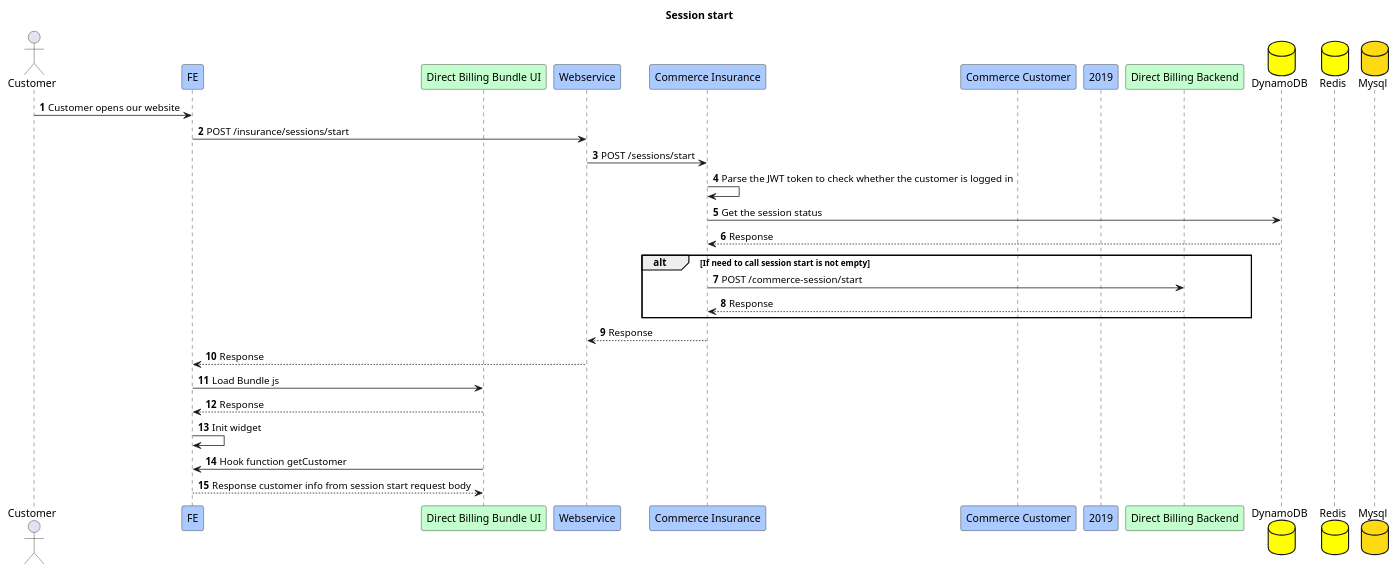
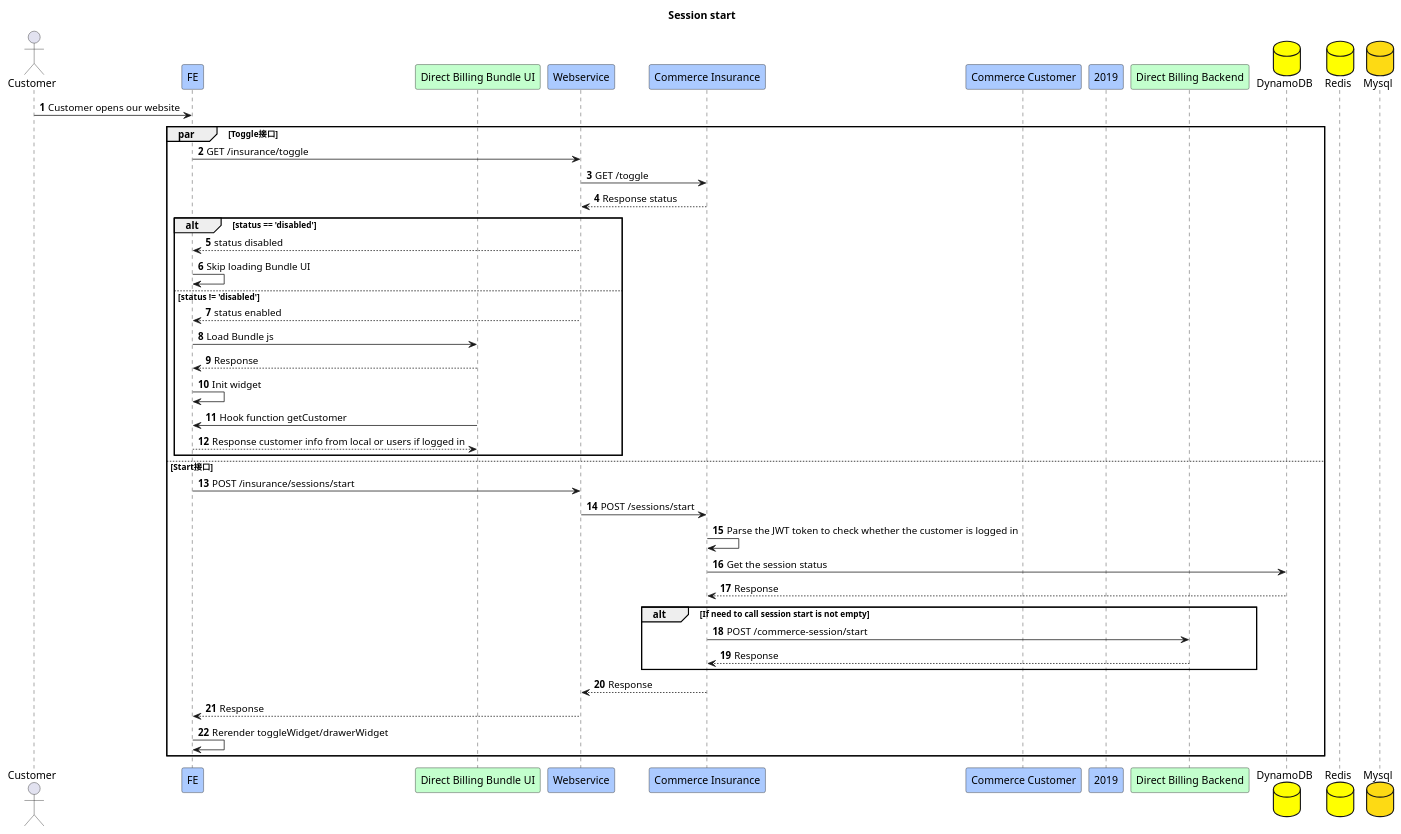
One commit to Jayounger/EyeMed-Sequence-Diagram changed the diagram in 1.Customer session start.puml. Above: the diagram before and after it, drawn with PlantUML. The commit also changed other lines of this file and 4 other files, not shown here.

```diff
--- a/1.Customer session start.puml
+++ b/1.Customer session start.puml
@@ -1,35 +1,48 @@
 @startuml
 title Session start
 actor Customer
 participant FE #abcaff
 participant "Direct Billing Bundle UI" #c3ffcd
 participant "Webservice" #abcaff
 participant "Commerce Insurance" #abcaff
 participant "Commerce Customer" #abcaff
 participant "2019" #abcaff
 participant "Direct Billing Backend" #c3ffcd
 database "DynamoDB" #yellow
 database "Redis" #yellow
 database "Mysql" #fdda14
 
-
 autonumber
 Customer -> FE:Customer opens our website
-FE -> "Webservice":POST /insurance/sessions/start
-"Webservice" -> "Commerce Insurance":POST /sessions/start
-"Commerce Insurance" -> "Commerce Insurance":Parse the JWT token to check whether the customer is logged in
-"Commerce Insurance" -> "DynamoDB":Get the session status
-"DynamoDB" --> "Commerce Insurance":Response
-alt If need to call session start is not empty
-    "Commerce Insurance" -> "Direct Billing Backend":POST /commerce-session/start
-    "Direct Billing Backend" --> "Commerce Insurance":Response
+
+par Toggle接口
+    FE -> "Webservice":GET /insurance/toggle
+    "Webservice" -> "Commerce Insurance":GET /toggle
+    "Commerce Insurance" --> "Webservice":Response status
+    alt status == 'disabled'
+        "Webservice" --> FE:status disabled
+        FE -> FE:Skip loading Bundle UI
+    else status != 'disabled'
+        "Webservice" --> FE:status enabled
+        FE -> "Direct Billing Bundle UI":Load Bundle js
+        "Direct Billing Bundle UI" --> FE:Response
+        FE -> FE:Init widget
+        "Direct Billing Bundle UI" -> FE:Hook function getCustomer
+        FE --> "Direct Billing Bundle UI":Response customer info from local or users if logged in
+    end
+else Start接口
+    FE -> "Webservice":POST /insurance/sessions/start
+    "Webservice" -> "Commerce Insurance":POST /sessions/start
+    "Commerce Insurance" -> "Commerce Insurance":Parse the JWT token to check whether the customer is logged in
+    "Commerce Insurance" -> "DynamoDB":Get the session status
+    "DynamoDB" --> "Commerce Insurance":Response
+    alt If need to call session start is not empty
+        "Commerce Insurance" -> "Direct Billing Backend":POST /commerce-session/start
+        "Direct Billing Backend" --> "Commerce Insurance":Response
+    end
+    "Commerce Insurance" --> "Webservice":Response
+    "Webservice" --> FE:Response
+    FE -> FE:Rerender toggleWidget/drawerWidget
 end
-"Commerce Insurance" --> "Webservice": Response
-"Webservice" --> FE:Response
-FE -> "Direct Billing Bundle UI":Load Bundle js
-"Direct Billing Bundle UI" --> FE:Response
-FE -> FE: Init widget
-"Direct Billing Bundle UI" -> FE: Hook function getCustomer
-FE --> "Direct Billing Bundle UI":Response customer info from session start request body
 
 @enduml
```
